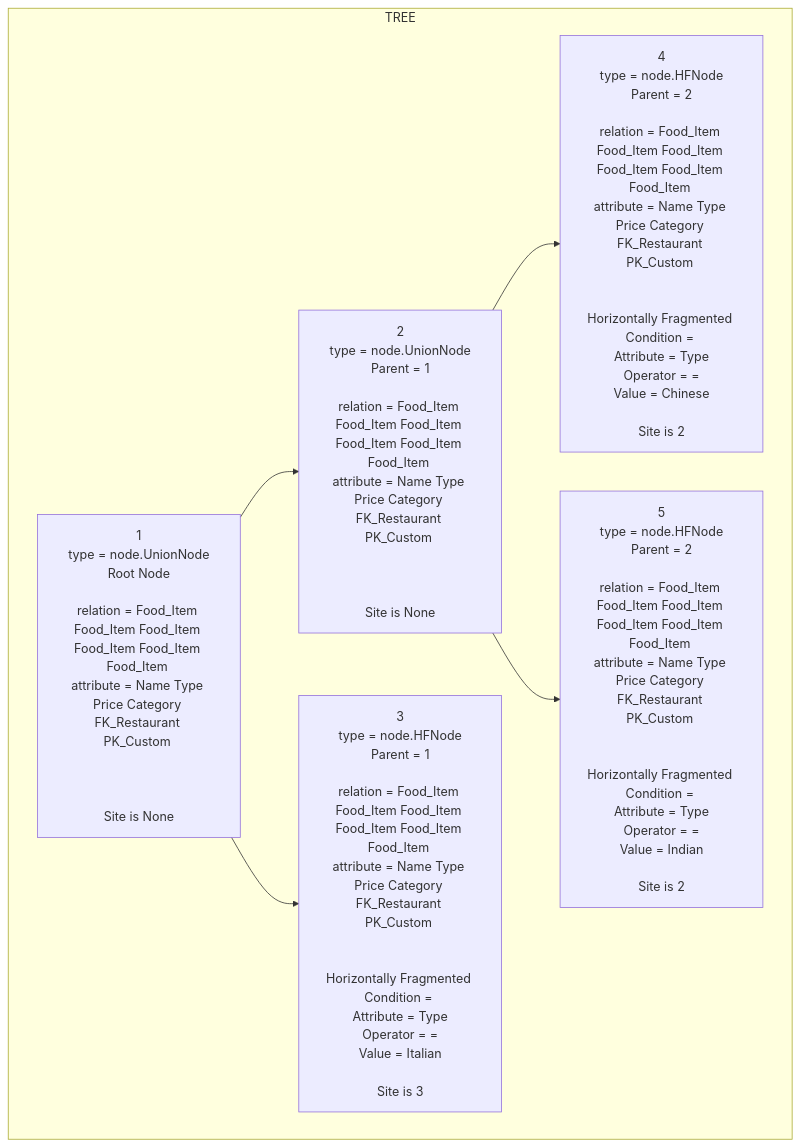
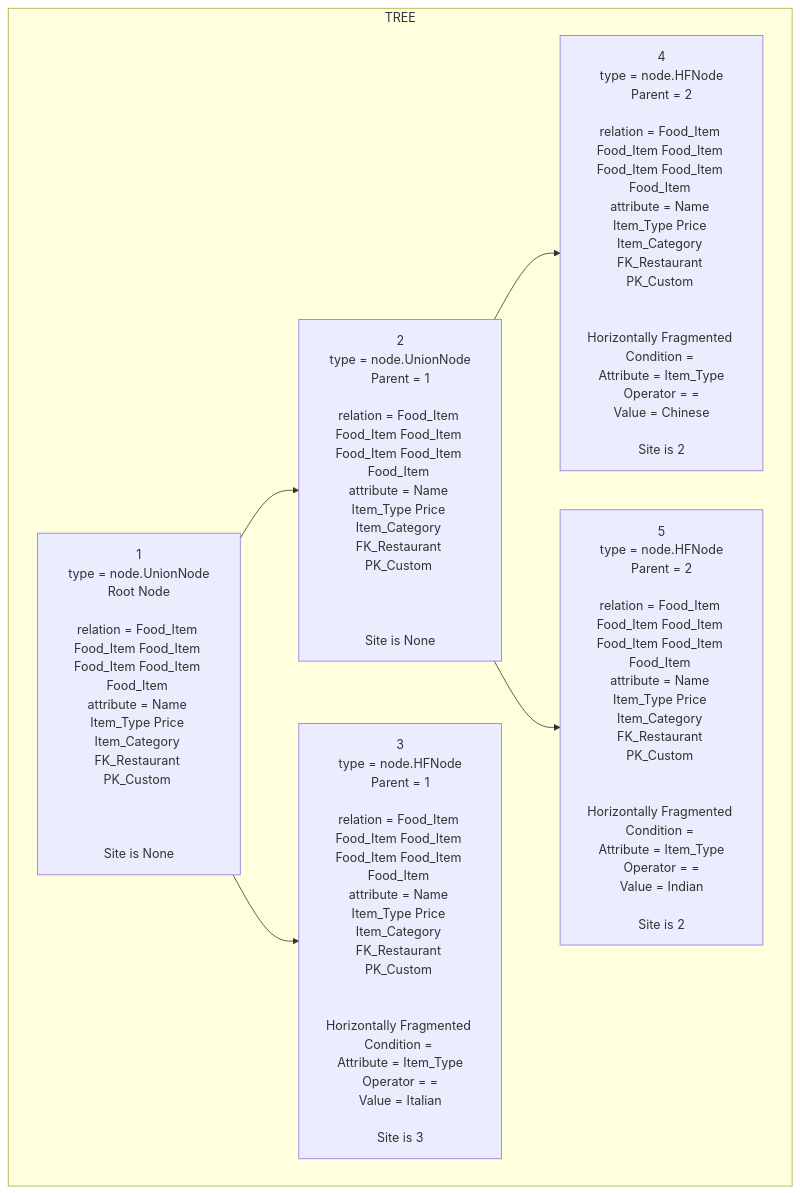
One commit to krtikgrg/Distributed_Database_System changed the diagram in phase4/src/complete.md. Above: the diagram before and after it, drawn with Mermaid. The commit also changed 8 other files, not shown here.

````diff
--- a/phase4/src/complete.md
+++ b/phase4/src/complete.md
@@ -1,14 +1,14 @@
 ```mermaid
 graph TD
 subgraph TREE
-1[1<br/>type = node.UnionNode<br/>Root Node<br/><br/>relation = Food_Item Food_Item Food_Item Food_Item Food_Item Food_Item <br/>attribute = Name Type Price Category FK_Restaurant PK_Custom <br/><br/><br/><br/>Site is None<br/>]
-2[2<br/>type = node.UnionNode<br/>Parent = 1<br/><br/>relation = Food_Item Food_Item Food_Item Food_Item Food_Item Food_Item <br/>attribute = Name Type Price Category FK_Restaurant PK_Custom <br/><br/><br/><br/>Site is None<br/>]
+1[1<br/>type = node.UnionNode<br/>Root Node<br/><br/>relation = Food_Item Food_Item Food_Item Food_Item Food_Item Food_Item <br/>attribute = Name Item_Type Price Item_Category FK_Restaurant PK_Custom <br/><br/><br/><br/>Site is None<br/>]
+2[2<br/>type = node.UnionNode<br/>Parent = 1<br/><br/>relation = Food_Item Food_Item Food_Item Food_Item Food_Item Food_Item <br/>attribute = Name Item_Type Price Item_Category FK_Restaurant PK_Custom <br/><br/><br/><br/>Site is None<br/>]
 1-->2
-3[3<br/>type = node.HFNode<br/>Parent = 1<br/><br/>relation = Food_Item Food_Item Food_Item Food_Item Food_Item Food_Item <br/>attribute = Name Type Price Category FK_Restaurant PK_Custom <br/><br/><br/>Horizontally Fragmented Condition = <br/>Attribute = Type<br/>Operator = =<br/>Value = Italian<br/><br/>Site is 3<br/>]
+3[3<br/>type = node.HFNode<br/>Parent = 1<br/><br/>relation = Food_Item Food_Item Food_Item Food_Item Food_Item Food_Item <br/>attribute = Name Item_Type Price Item_Category FK_Restaurant PK_Custom <br/><br/><br/>Horizontally Fragmented Condition = <br/>Attribute = Item_Type<br/>Operator = =<br/>Value = Italian<br/><br/>Site is 3<br/>]
 1-->3
-4[4<br/>type = node.HFNode<br/>Parent = 2<br/><br/>relation = Food_Item Food_Item Food_Item Food_Item Food_Item Food_Item <br/>attribute = Name Type Price Category FK_Restaurant PK_Custom <br/><br/><br/>Horizontally Fragmented Condition = <br/>Attribute = Type<br/>Operator = =<br/>Value = Chinese<br/><br/>Site is 2<br/>]
+4[4<br/>type = node.HFNode<br/>Parent = 2<br/><br/>relation = Food_Item Food_Item Food_Item Food_Item Food_Item Food_Item <br/>attribute = Name Item_Type Price Item_Category FK_Restaurant PK_Custom <br/><br/><br/>Horizontally Fragmented Condition = <br/>Attribute = Item_Type<br/>Operator = =<br/>Value = Chinese<br/><br/>Site is 2<br/>]
 2-->4
-5[5<br/>type = node.HFNode<br/>Parent = 2<br/><br/>relation = Food_Item Food_Item Food_Item Food_Item Food_Item Food_Item <br/>attribute = Name Type Price Category FK_Restaurant PK_Custom <br/><br/><br/>Horizontally Fragmented Condition = <br/>Attribute = Type<br/>Operator = =<br/>Value = Indian<br/><br/>Site is 2<br/>]
+5[5<br/>type = node.HFNode<br/>Parent = 2<br/><br/>relation = Food_Item Food_Item Food_Item Food_Item Food_Item Food_Item <br/>attribute = Name Item_Type Price Item_Category FK_Restaurant PK_Custom <br/><br/><br/>Horizontally Fragmented Condition = <br/>Attribute = Item_Type<br/>Operator = =<br/>Value = Indian<br/><br/>Site is 2<br/>]
 2-->5
 end
 ```
````
